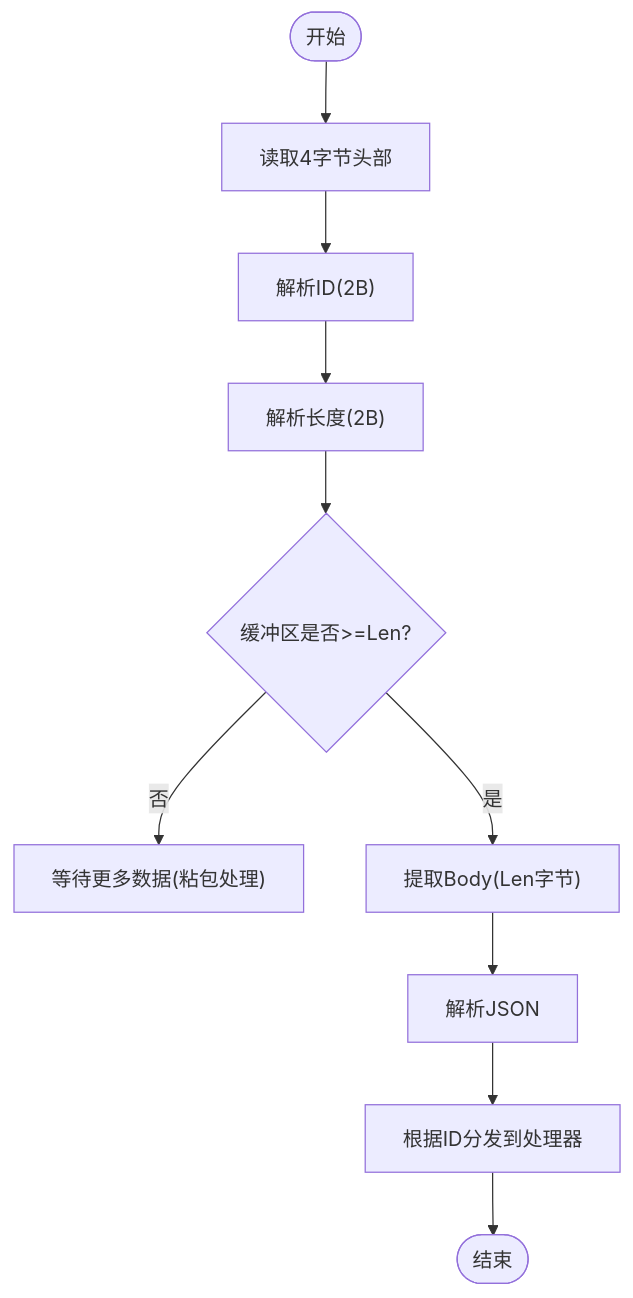
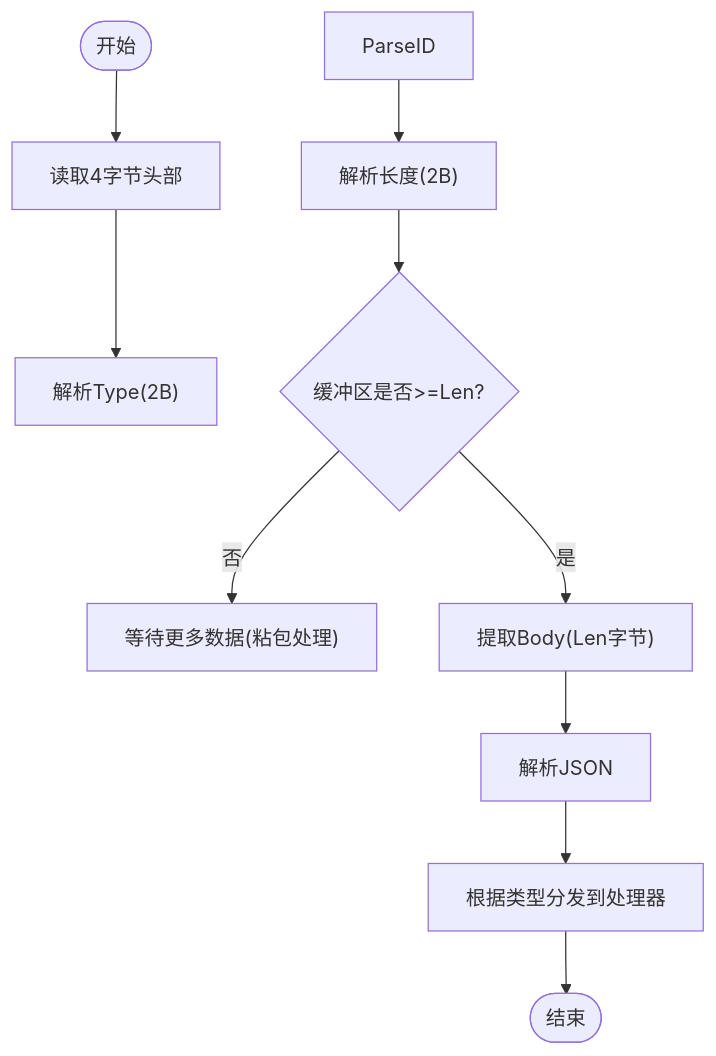
Before and after one commit to echo9923/mychatter: the third of 9 diagrams in .qoder/repowiki/zh/content/网络通信/TCP通信协议/TCP消息协议/消息帧格式规范.md, drawn with Mermaid. The commit also changed other lines of this file and 128 other files, not shown here.

````diff
--- a/.qoder/repowiki/zh/content/网络通信/TCP通信协议/TCP消息协议/消息帧格式规范.md
+++ b/.qoder/repowiki/zh/content/网络通信/TCP通信协议/TCP消息协议/消息帧格式规范.md
@@ -131,12 +131,12 @@
 ```mermaid
 flowchart TD
 Start(["开始"]) --> ReadHead["读取4字节头部"]
-ReadHead --> ParseID["解析ID(2B)"]
+ReadHead --> ParseType["解析Type(2B)"]
 ParseID --> ParseLen["解析长度(2B)"]
 ParseLen --> CheckBuf{"缓冲区是否>=Len?"}
 CheckBuf -- "否" --> WaitMore["等待更多数据(粘包处理)"]
 CheckBuf -- "是" --> ExtractBody["提取Body(Len字节)"]
 ExtractBody --> ParseJSON["解析JSON"]
-ParseJSON --> Dispatch["根据ID分发到处理器"]
+ParseJSON --> Dispatch["根据类型分发到处理器"]
 Dispatch --> End(["结束"])
 ```
````
